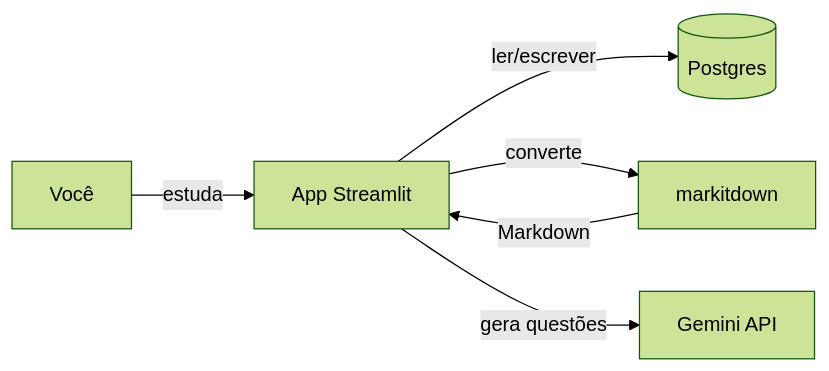
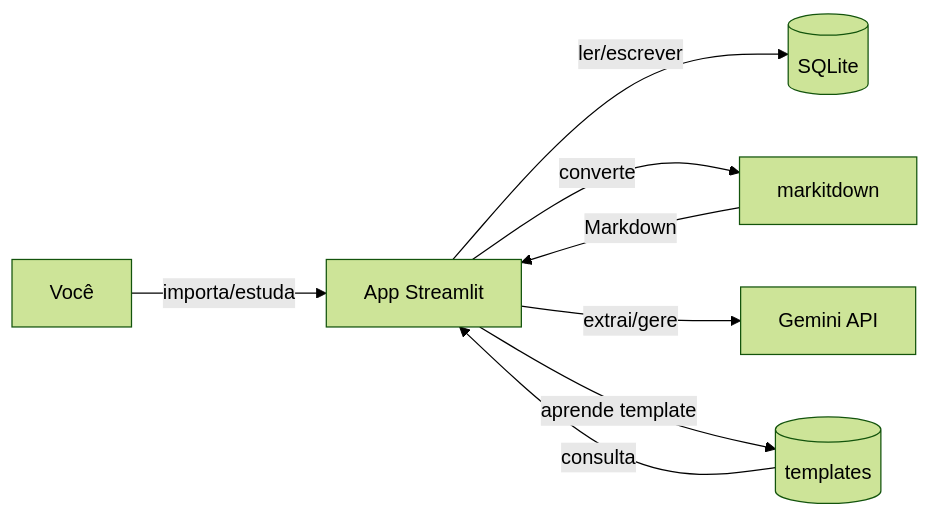
One commit to CauaRibeiroXY/ConcursoCS changed the diagram in PRD.md. Above: the diagram before and after it, drawn with Mermaid (forest theme). The commit also changed other lines of this file and 20 other files, not shown here.

Commit message:
feat: complete multi-LLM architecture, PDF parser & AI Builder README

````diff
--- a/PRD.md
+++ b/PRD.md
@@ -197,8 +228,10 @@
 ```mermaid
 flowchart LR
-  U[Você] -->|estuda| APP[App Streamlit]
-  APP -->|ler/escrever| DB[(Postgres)]
+  U[Você] -->|importa/estuda| APP[App Streamlit]
+  APP -->|ler/escrever| DB[(SQLite)]
   APP -->|converte| MD[markitdown]
-  APP -->|gera questões| GEM[Gemini API]
+  APP -->|extrai/gere| GEM[Gemini API]
   MD -->|Markdown| APP
+  APP -->|aprende template| TEMP[(templates)]
+  TEMP -->|consulta| APP
 ```
````
